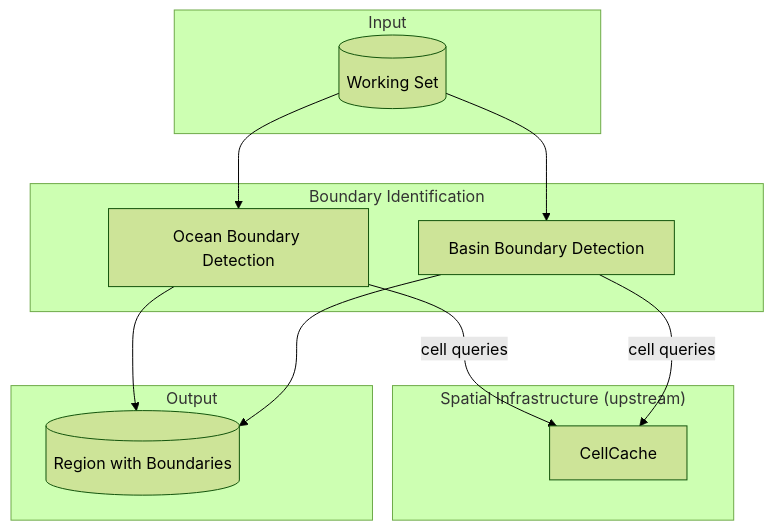
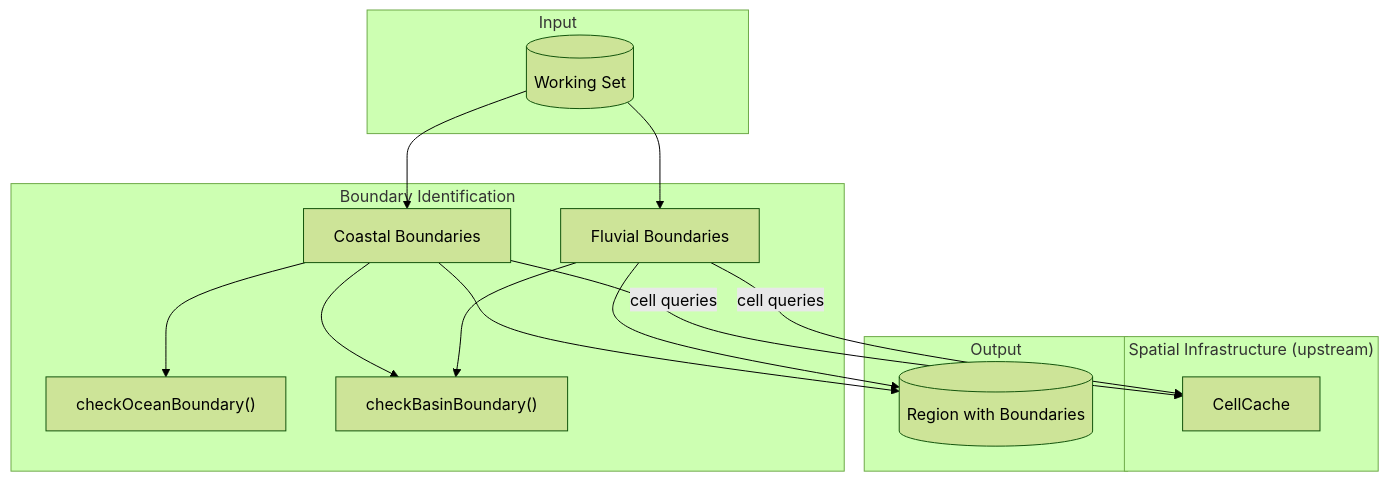
One commit to SoSly/RiverTale changed the second of 2 diagrams in docs/features/rivers/Boundary Identification.md. Above: the diagram before and after it, drawn with Mermaid (forest theme). The commit also changed other lines of this file and 18 other files, not shown here.

First line of the commit message:
refactor: change boundary from cell-list to face representation

````diff
--- a/docs/features/rivers/Boundary Identification.md
+++ b/docs/features/rivers/Boundary Identification.md
@@ -69,26 +83,31 @@
 ```mermaid
 flowchart TD
     subgraph Input
         WS[("Working Set")]
     end
 
     subgraph "Boundary Identification"
-        OB["Ocean Boundary Detection"]
-        BB["Basin Boundary Detection"]
+        CB["Coastal Boundaries"]
+        FB["Fluvial Boundaries"]
+        OH["checkOceanBoundary()"]
+        BH["checkBasinBoundary()"]
     end
 
     subgraph "Spatial Infrastructure (upstream)"
         CC["CellCache"]
     end
 
     subgraph Output
         R[("Region with Boundaries")]
     end
 
-    WS --> OB
-    WS --> BB
-    OB -->|"cell queries"| CC
-    BB -->|"cell queries"| CC
-    OB --> R
-    BB --> R
+    WS --> CB
+    WS --> FB
+    CB -->|"cell queries"| CC
+    FB -->|"cell queries"| CC
+    CB --> OH
+    CB --> BH
+    FB --> BH
+    CB --> R
+    FB --> R
 ```
````
